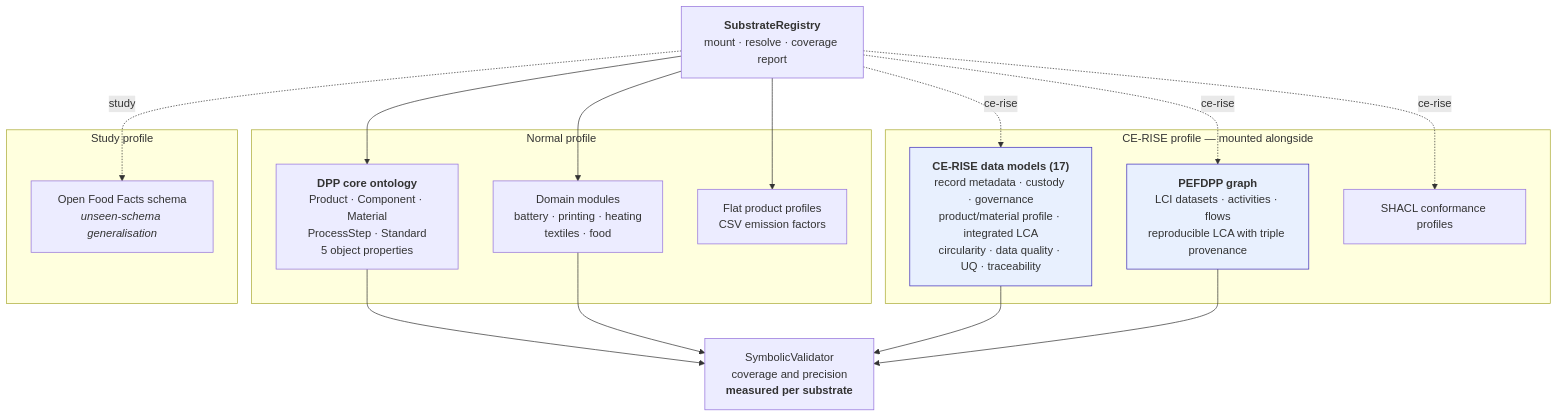
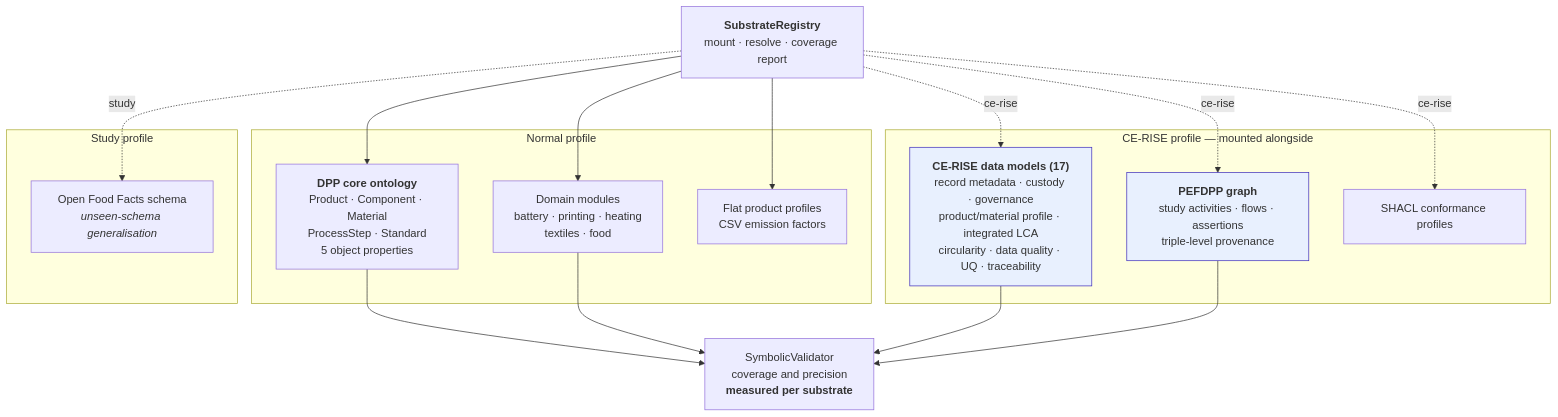
The seventh of 9 diagrams in docs/ARCHITECTURE.md (CE-RISE-software/intelligent-circular-insights), drawn with Mermaid before and after one commit. The commit also changed other lines of this file and 5 other files, not shown here.

````diff
--- a/docs/ARCHITECTURE.md
+++ b/docs/ARCHITECTURE.md
@@ -437,28 +443,28 @@
 ```mermaid
 graph TB
     REG["<b>SubstrateRegistry</b><br/>mount · resolve · coverage report"]
 
     subgraph "Normal profile"
         N1["<b>DPP core ontology</b><br/>Product · Component · Material<br/>ProcessStep · Standard<br/>5 object properties"]
         N2["Domain modules<br/>battery · printing · heating<br/>textiles · food"]
         N3["Flat product profiles<br/>CSV emission factors"]
     end
 
     subgraph "CE-RISE profile — mounted alongside"
         C1["<b>CE-RISE data models (17)</b><br/>record metadata · custody · governance<br/>product/material profile · integrated LCA<br/>circularity · data quality · UQ · traceability"]
-        C2["<b>PEFDPP graph</b><br/>LCI datasets · activities · flows<br/>reproducible LCA with triple provenance"]
+        C2["<b>PEFDPP graph</b><br/>study activities · flows · assertions<br/>triple-level provenance"]
         C3["SHACL conformance profiles"]
     end
 
     subgraph "Study profile"
         O1["Open Food Facts schema<br/><i>unseen-schema generalisation</i>"]
     end
 
     REG --> N1 & N2 & N3
     REG -.->|ce-rise| C1 & C2 & C3
     REG -.->|study| O1
 
     N1 & N2 & C1 & C2 --> SYM["SymbolicValidator<br/>coverage and precision<br/><b>measured per substrate</b>"]
     style C1 fill:#e8f0fe,stroke:#3d2bba
     style C2 fill:#e8f0fe,stroke:#3d2bba
 ```
````
